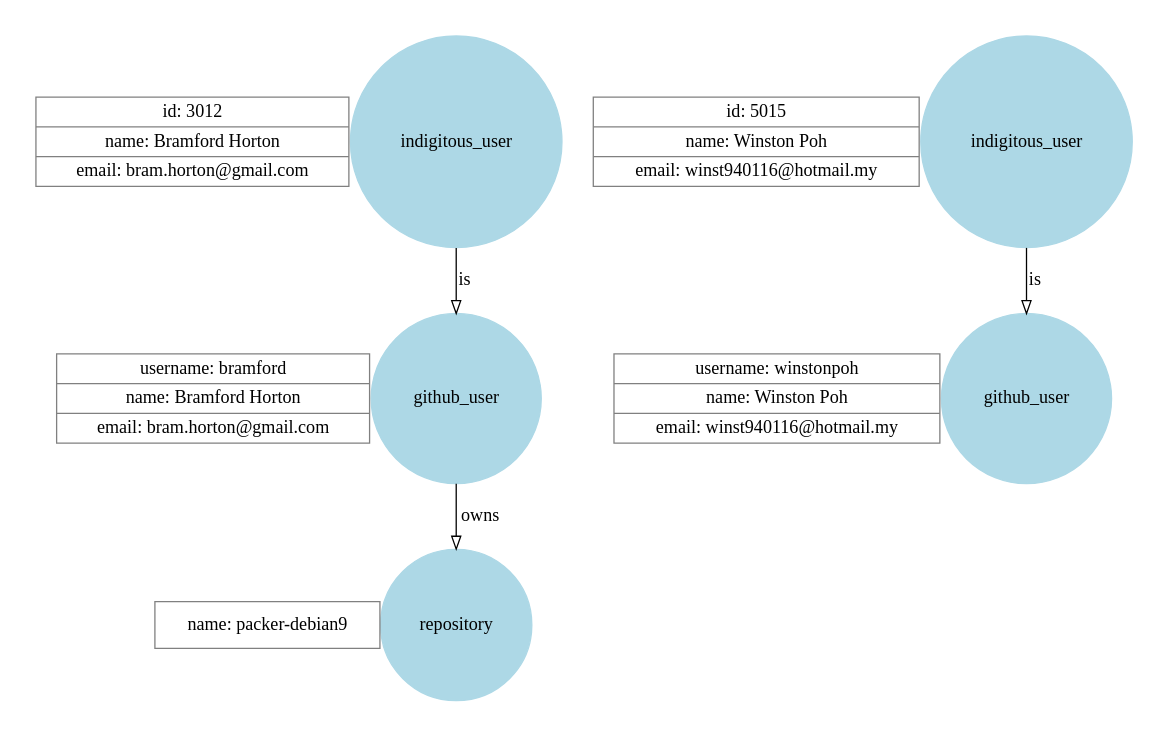
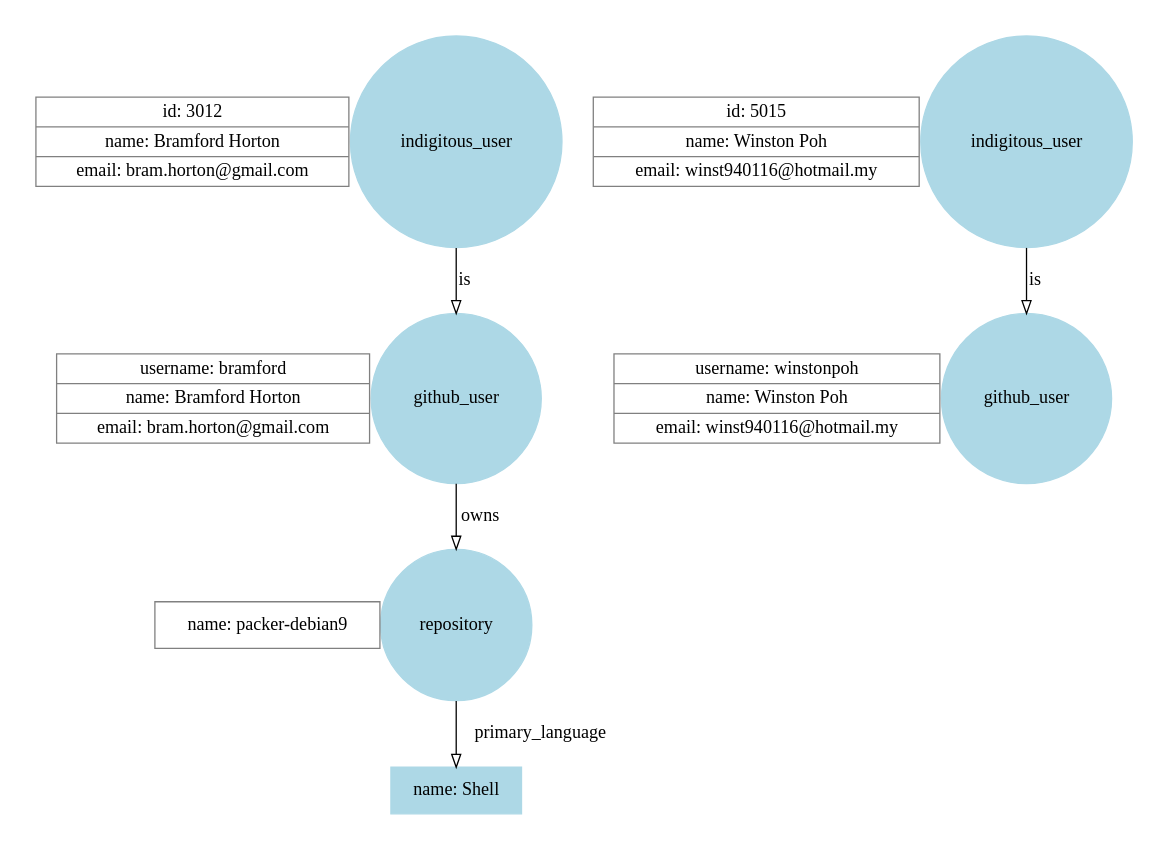
One commit to indigitous-akl/hack-2019-project changed the diagram in schema.dot. Above: the diagram before and after it, drawn with Graphviz. The commit also changed 2 other files, not shown here.

Commit message:
Add language

```diff
--- a/schema.dot
+++ b/schema.dot
@@ -1,50 +1,56 @@
 
 graph G {
 
     node [
         shape=circle
         color=grey
         fontsize=14
     ]
 
     graph [
         style=invis
         nodesep=0
     ]
 
     subgraph cluster_1000 {
         indigitous_user_bramford_horton [label="indigitous_user" style=filled color=lightblue]
         indigitous_user_bramford_horton_properties [shape=record label="{id: 3012|name: Bramford Horton|email: bram.horton@gmail.com}"]
     }
 
     subgraph cluster_1001 {
         indigitous_user_winston_poh [label="indigitous_user" style=filled color=lightblue]
         indigitous_user_winston_poh_properties [shape=record label="{id: 5015|name: Winston Poh|email: winst940116@hotmail.my}"]
     }
 
     subgraph cluster_2000 {
         github_user_bramford [label="github_user" style=filled color=lightblue]
         github_user_bramford_properties [shape=record label="{username: bramford|name: Bramford Horton|email: bram.horton@gmail.com}"]
     }
 
     subgraph cluster_2001 {
         github_user_winstonpoh [label="github_user" style=filled color=lightblue]
         github_user_winstonpoh_properties [shape=record label="{username: winstonpoh|name: Winston Poh|email: winst940116@hotmail.my}"]
     }
 
     subgraph cluster_3001 {
         repository_bramford_packerdebian9 [label="repository" style=filled color=lightblue]
         repository_bramford_packerdebian9_properties [shape=record label="{name: packer-debian9}"]
     }
 
+    subgraph cluster_4001 {
+        language_shell [label="language" style=filled color=lightblue]
+        language_shell [shape=record label="{name: Shell}"]
+    }
+
     {
         edge [
             fontsize=14
             dir=forward
         ]
 
         indigitous_user_bramford_horton -- github_user_bramford [label="is" arrowhead=empty]
         indigitous_user_winston_poh -- github_user_winstonpoh [label="is" arrowhead=empty]
         github_user_bramford -- repository_bramford_packerdebian9 [label="owns" arrowhead=empty]
+        repository_bramford_packerdebian9 -- language_shell [label="primary_language" arrowhead=empty]
     }
 }
```
